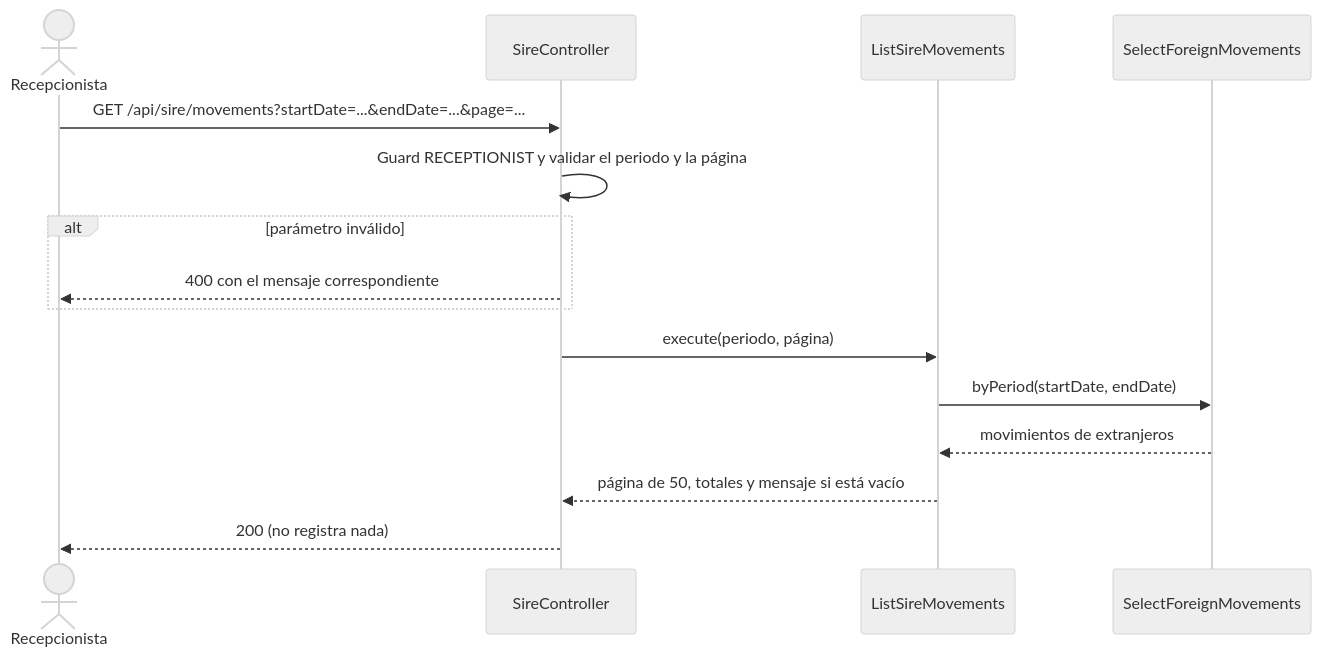
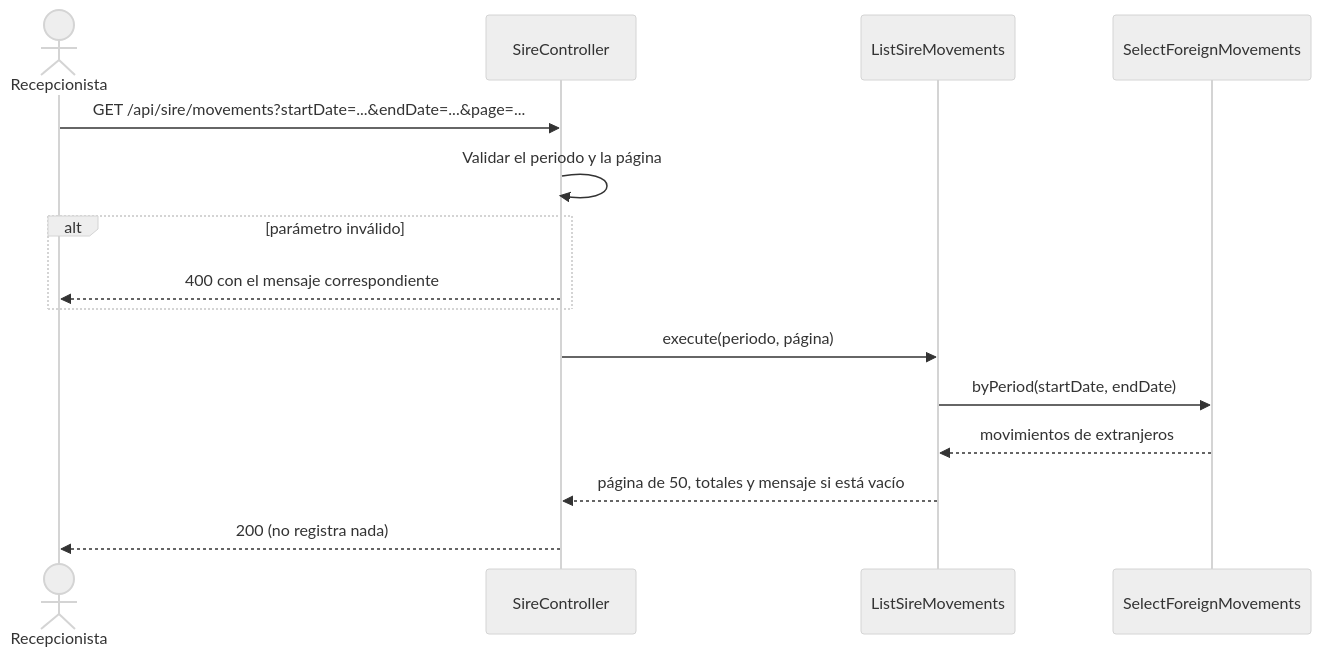
One commit to Lapicero312-lapi/HOSPITUA-MOD-2 changed the third of 3 diagrams in specs/export-sire-file/plan.md. Above: the diagram before and after it, drawn with Mermaid (neutral theme). The commit also changed other lines of this file and 16 other files, not shown here.

````diff
--- a/specs/export-sire-file/plan.md
+++ b/specs/export-sire-file/plan.md
@@ -315,18 +314,18 @@
 ```mermaid
 sequenceDiagram
     actor R as Recepcionista
     participant C as SireController
     participant U as ListSireMovements
     participant S as SelectForeignMovements
 
     R->>C: GET /api/sire/movements?startDate=...&endDate=...&page=...
-    C->>C: Guard RECEPTIONIST y validar el periodo y la página
+    C->>C: Validar el periodo y la página
     alt parámetro inválido
         C-->>R: 400 con el mensaje correspondiente
     end
     C->>U: execute(periodo, página)
     U->>S: byPeriod(startDate, endDate)
     S-->>U: movimientos de extranjeros
     U-->>C: página de 50, totales y mensaje si está vacío
     C-->>R: 200 (no registra nada)
 ```
````
